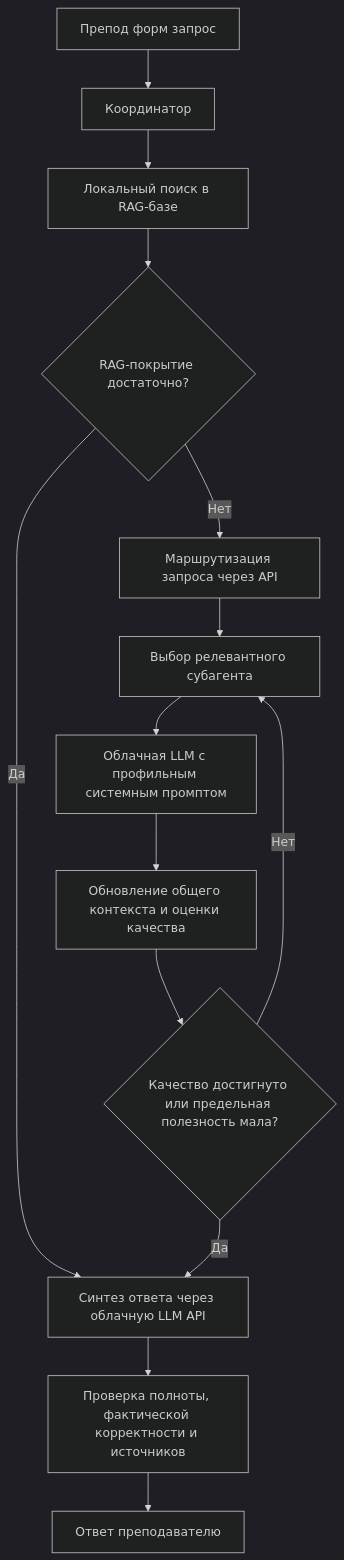
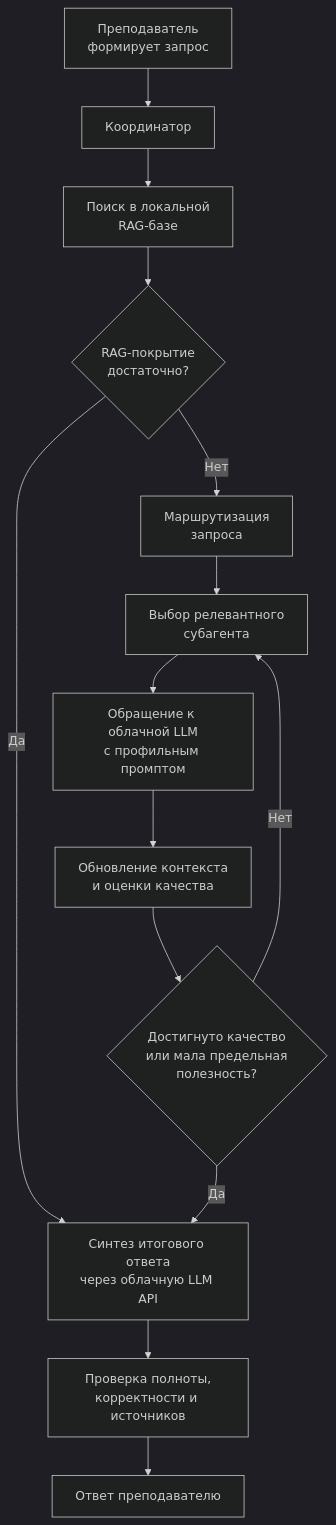
The diagram in sim_01/README.md (BosenkoTM/mgpu_task), drawn with Mermaid (dark theme) before and after one commit.

````diff
--- a/sim_01/README.md
+++ b/sim_01/README.md
@@ -23,16 +23,20 @@
 ```mermaid
 flowchart TD
-    T[Препод форм запрос] --> C[Координатор]
-    C --> R[Локальный поиск в RAG-базе]
-    R --> G{RAG-покрытие достаточно?}
-    G -- Да --> S[Синтез ответа через облачную LLM API]
-    G -- Нет --> RT[Маршрутизация запроса через API]
-    RT --> A[Выбор релевантного субагента]
-    A --> L[Облачная LLM с профильным системным промптом]
-    L --> U[Обновление общего контекста и оценки качества]
-    U --> D{Качество достигнуто или предельная полезность мала?}
-    D -- Нет --> A
-    D -- Да --> S
-    S --> V[Проверка полноты, фактической корректности и источников]
-    V --> O[Ответ преподавателю]
+    T["Преподаватель<br/>формирует запрос"] --> C["Координатор"]
+    C --> R["Поиск в локальной<br/>RAG-базе"]
+    R --> G{"RAG-покрытие<br/>достаточно?"}
+
+    G -- "Да" --> S["Синтез итогового ответа<br/>через облачную LLM API"]
+    G -- "Нет" --> RT["Маршрутизация<br/>запроса"]
+
+    RT --> A["Выбор релевантного<br/>субагента"]
+    A --> L["Обращение к облачной LLM<br/>с профильным промптом"]
+    L --> U["Обновление контекста<br/>и оценки качества"]
+
+    U --> D{"Достигнуто качество<br/>или мала предельная<br/>полезность?"}
+    D -- "Нет" --> A
+    D -- "Да" --> S
+
+    S --> V["Проверка полноты,<br/>корректности и источников"]
+    V --> O["Ответ преподавателю"]
 ```
````
